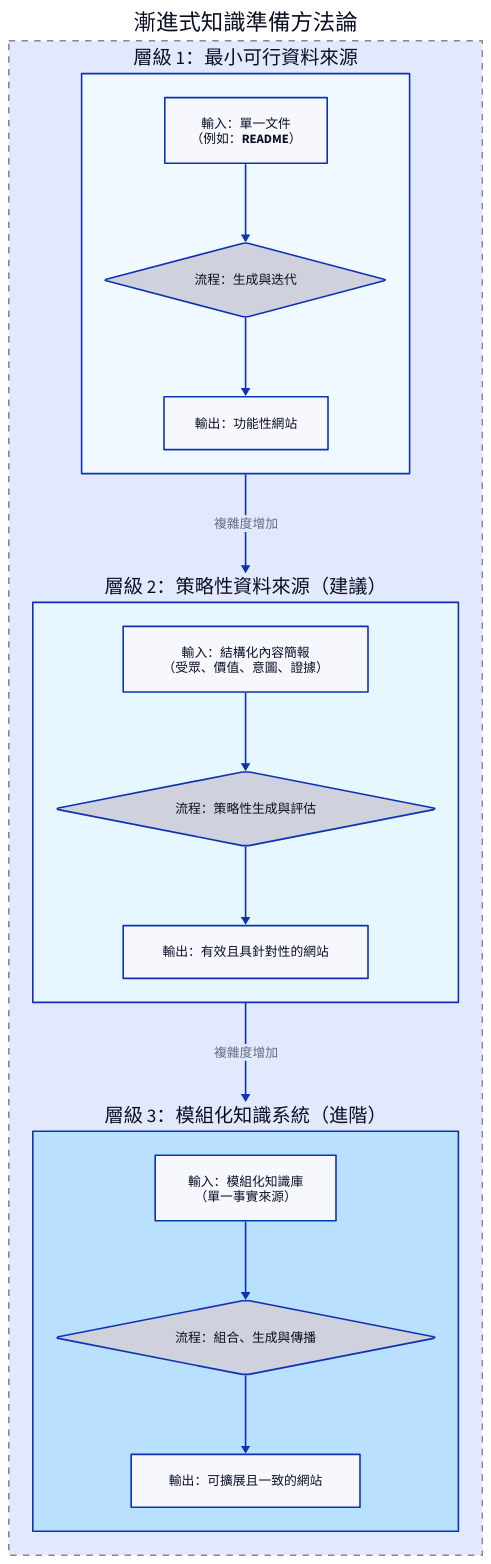
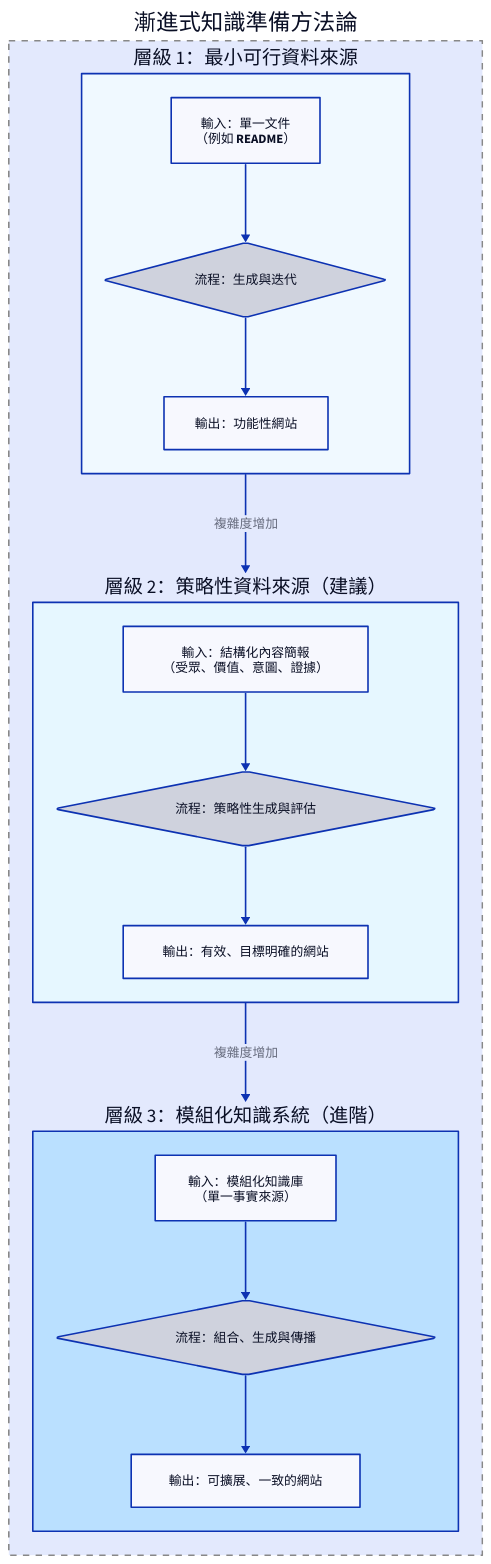
Before and after one commit to AIGNE-io/aigne-web-smith: the diagram in .aigne/doc-smith/docs/guides.zh-TW.md, drawn with D2. The commit also changed other lines of this file and 6 other files, not shown here.

```diff
--- a/.aigne/doc-smith/docs/guides.zh-TW.md
+++ b/.aigne/doc-smith/docs/guides.zh-TW.md
@@ -24,7 +24,7 @@
     style.fill: "#f0f9ff"
 
     Input-1: {
-      label: "輸入：單一文件\n（例如：README）"
+      label: "輸入：單一文件\n（例如 README）"
       shape: rectangle
     }
 
@@ -55,7 +55,7 @@
     }
 
     Output-2: {
-      label: "輸出：有效且具針對性的網站"
+      label: "輸出：有效、目標明確的網站"
       shape: rectangle
     }
   }
@@ -76,7 +76,7 @@
     }
 
     Output-3: {
-      label: "輸出：可擴展且一致的網站"
+      label: "輸出：可擴展、一致的網站"
       shape: rectangle
     }
   }
```
